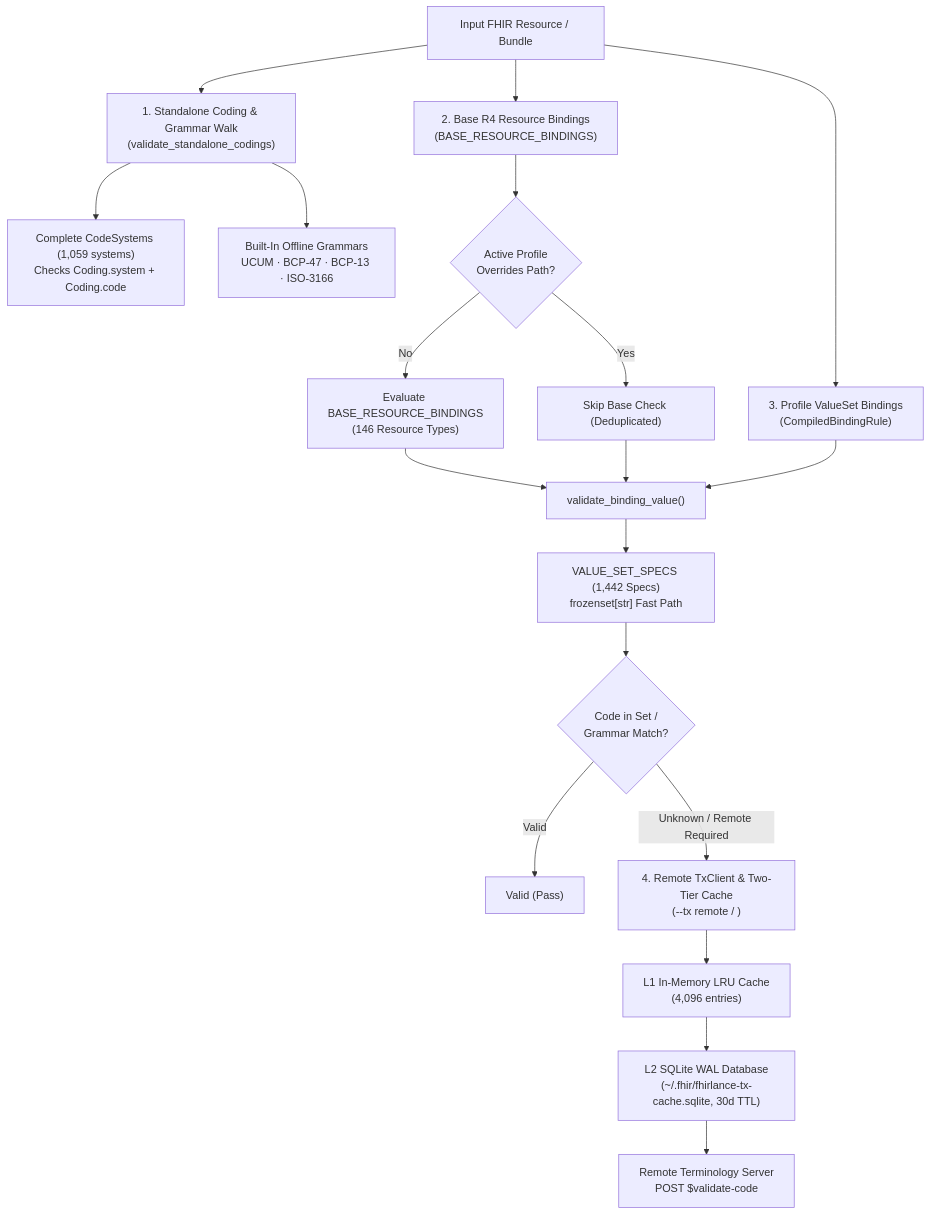
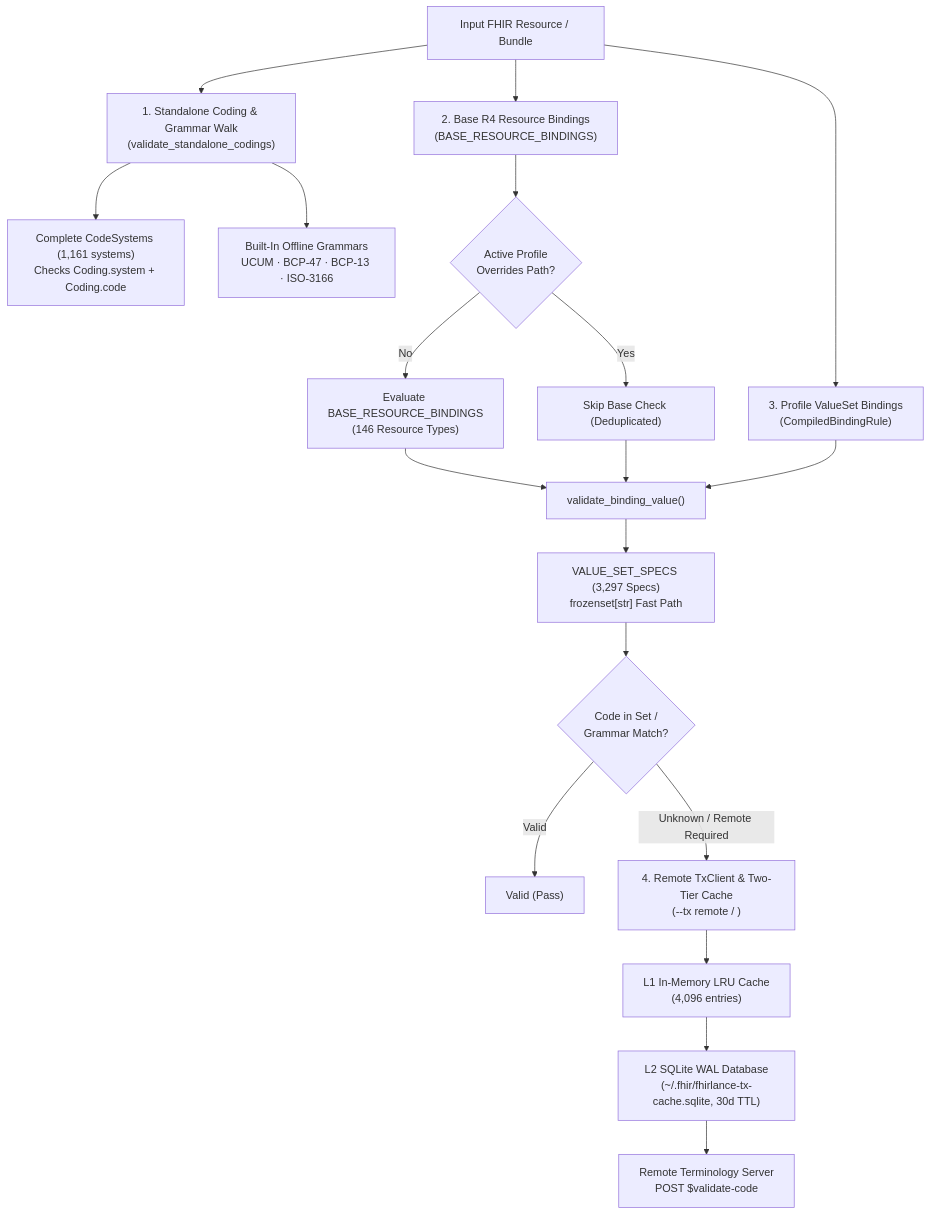
One commit to damsonaldson/FHIRlance changed the diagram in docs/terminology.md. Above: the diagram before and after it, drawn with Mermaid. The commit also changed other lines of this file and 6 other files, not shown here.

Commit message:
feat(terminology): add hl7.terminology.r4 UTG tables and footprint-prioritized roadmap

````diff
--- a/docs/terminology.md
+++ b/docs/terminology.md
@@ -19,25 +19,25 @@
 ```mermaid
 graph TD
     Resource["Input FHIR Resource / Bundle"] --> Layer1["1. Standalone Coding & Grammar Walk<br/>(validate_standalone_codings)"]
-    Layer1 --> CS["Complete CodeSystems (1,059 systems)<br/>Checks Coding.system + Coding.code"]
+    Layer1 --> CS["Complete CodeSystems (1,161 systems)<br/>Checks Coding.system + Coding.code"]
     Layer1 --> Grammars["Built-In Offline Grammars<br/>UCUM · BCP-47 · BCP-13 · ISO-3166"]
     
     Resource --> Layer2["2. Base R4 Resource Bindings<br/>(BASE_RESOURCE_BINDINGS)"]
     Layer2 --> Dedup{"Active Profile<br/>Overrides Path?"}
     Dedup -->|Yes| SkipBase["Skip Base Check (Deduplicated)"]
     Dedup -->|No| CheckBase["Evaluate BASE_RESOURCE_BINDINGS<br/>(146 Resource Types)"]
     
     Resource --> Layer3["3. Profile ValueSet Bindings<br/>(CompiledBindingRule)"]
     CheckBase --> EvaluateVS["validate_binding_value()"]
     SkipBase --> EvaluateVS
     Layer3 --> EvaluateVS
     
-    EvaluateVS --> Specs["VALUE_SET_SPECS (1,442 Specs)<br/>frozenset[str] Fast Path"]
+    EvaluateVS --> Specs["VALUE_SET_SPECS (3,297 Specs)<br/>frozenset[str] Fast Path"]
     Specs --> Match{"Code in Set /<br/>Grammar Match?"}
     Match -->|Valid| OK["Valid (Pass)"]
     Match -->|Unknown / Remote Required| Layer4["4. Remote TxClient & Two-Tier Cache<br/>(--tx remote / <url>)"]
     
     Layer4 --> L1["L1 In-Memory LRU Cache<br/>(4,096 entries)"]
     L1 --> L2["L2 SQLite WAL Database<br/>(~/.fhir/fhirlance-tx-cache.sqlite, 30d TTL)"]
     L2 --> Remote["Remote Terminology Server<br/>POST $validate-code"]
 ```
````
